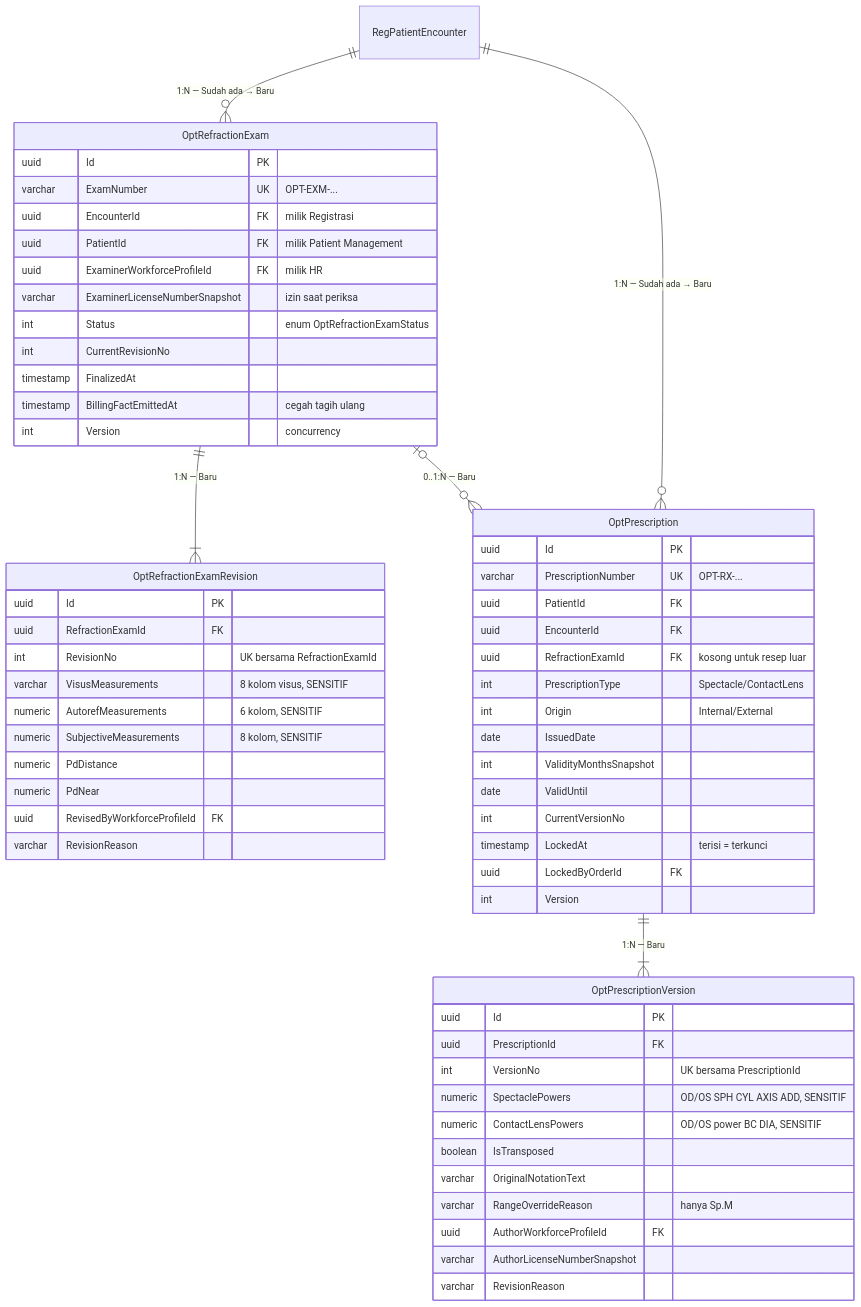
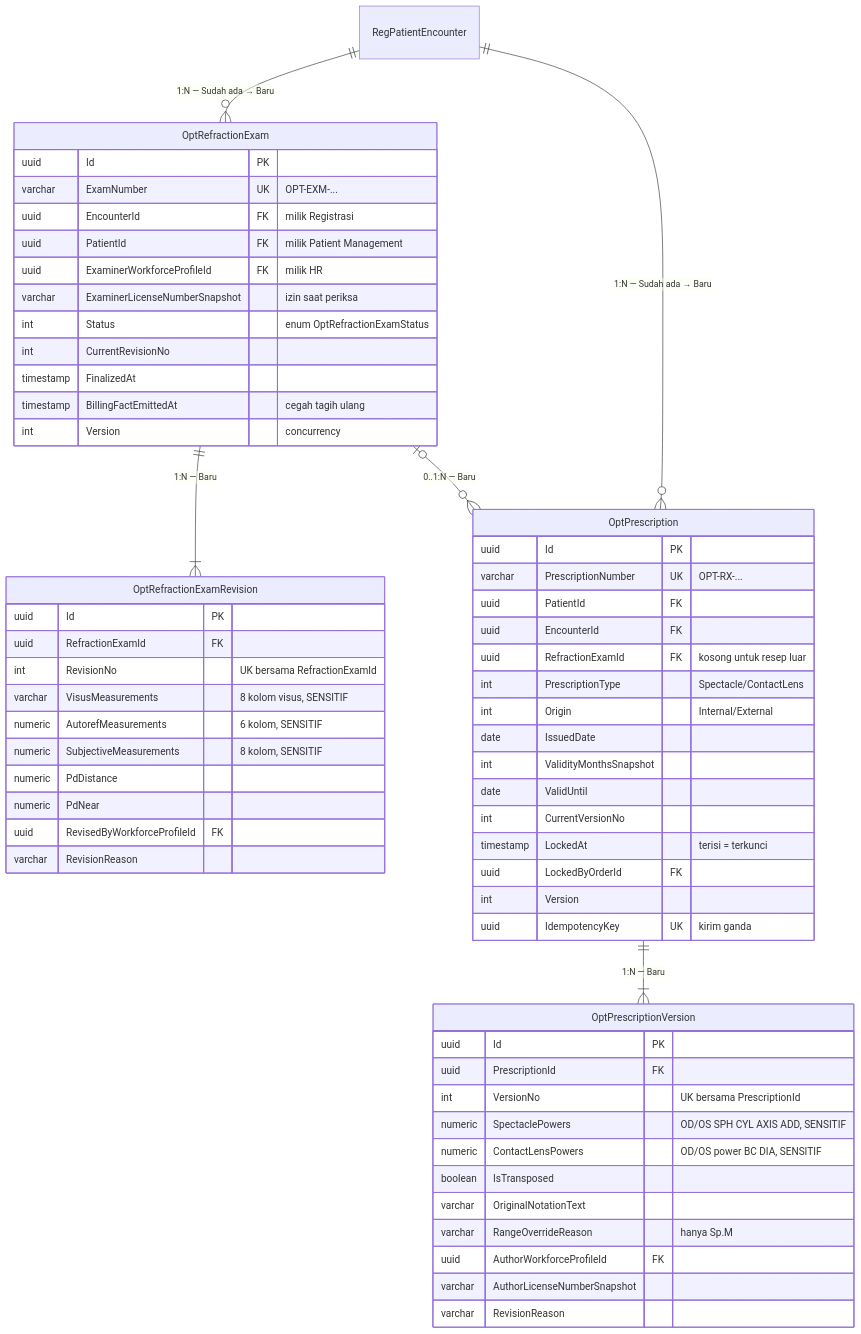
Before and after one commit to DevBenari/NewQuilvianSystemBackend: the diagram in docs/module-blueprints/optik/erd/optical-clinical.md, drawn with Mermaid. The commit also changed other lines of this file and 50 other files, not shown here.

````diff
--- a/docs/module-blueprints/optik/erd/optical-clinical.md
+++ b/docs/module-blueprints/optik/erd/optical-clinical.md
@@ -9,62 +9,63 @@
 ```mermaid
 erDiagram
     OptRefractionExam {
         uuid Id PK
         varchar ExamNumber UK "OPT-EXM-..."
         uuid EncounterId FK "milik Registrasi"
         uuid PatientId FK "milik Patient Management"
         uuid ExaminerWorkforceProfileId FK "milik HR"
         varchar ExaminerLicenseNumberSnapshot "izin saat periksa"
         int Status "enum OptRefractionExamStatus"
         int CurrentRevisionNo
         timestamp FinalizedAt
         timestamp BillingFactEmittedAt "cegah tagih ulang"
         int Version "concurrency"
     }
     OptRefractionExamRevision {
         uuid Id PK
         uuid RefractionExamId FK
         int RevisionNo "UK bersama RefractionExamId"
         varchar VisusMeasurements "8 kolom visus, SENSITIF"
         numeric AutorefMeasurements "6 kolom, SENSITIF"
         numeric SubjectiveMeasurements "8 kolom, SENSITIF"
         numeric PdDistance
         numeric PdNear
         uuid RevisedByWorkforceProfileId FK
         varchar RevisionReason
     }
     OptPrescription {
         uuid Id PK
         varchar PrescriptionNumber UK "OPT-RX-..."
         uuid PatientId FK
         uuid EncounterId FK
         uuid RefractionExamId FK "kosong untuk resep luar"
         int PrescriptionType "Spectacle/ContactLens"
         int Origin "Internal/External"
         date IssuedDate
         int ValidityMonthsSnapshot
         date ValidUntil
         int CurrentVersionNo
         timestamp LockedAt "terisi = terkunci"
         uuid LockedByOrderId FK
         int Version
+        uuid IdempotencyKey UK "kirim ganda"
     }
     OptPrescriptionVersion {
         uuid Id PK
         uuid PrescriptionId FK
         int VersionNo "UK bersama PrescriptionId"
         numeric SpectaclePowers "OD/OS SPH CYL AXIS ADD, SENSITIF"
         numeric ContactLensPowers "OD/OS power BC DIA, SENSITIF"
         boolean IsTransposed
         varchar OriginalNotationText
         varchar RangeOverrideReason "hanya Sp.M"
         uuid AuthorWorkforceProfileId FK
         varchar AuthorLicenseNumberSnapshot
         varchar RevisionReason
     }
     RegPatientEncounter ||--o{ OptRefractionExam : "1:N — Sudah ada → Baru"
     OptRefractionExam ||--|{ OptRefractionExamRevision : "1:N — Baru"
     OptRefractionExam |o--o{ OptPrescription : "0..1:N — Baru"
     OptPrescription ||--|{ OptPrescriptionVersion : "1:N — Baru"
     RegPatientEncounter ||--o{ OptPrescription : "1:N — Sudah ada → Baru"
 ```
````
